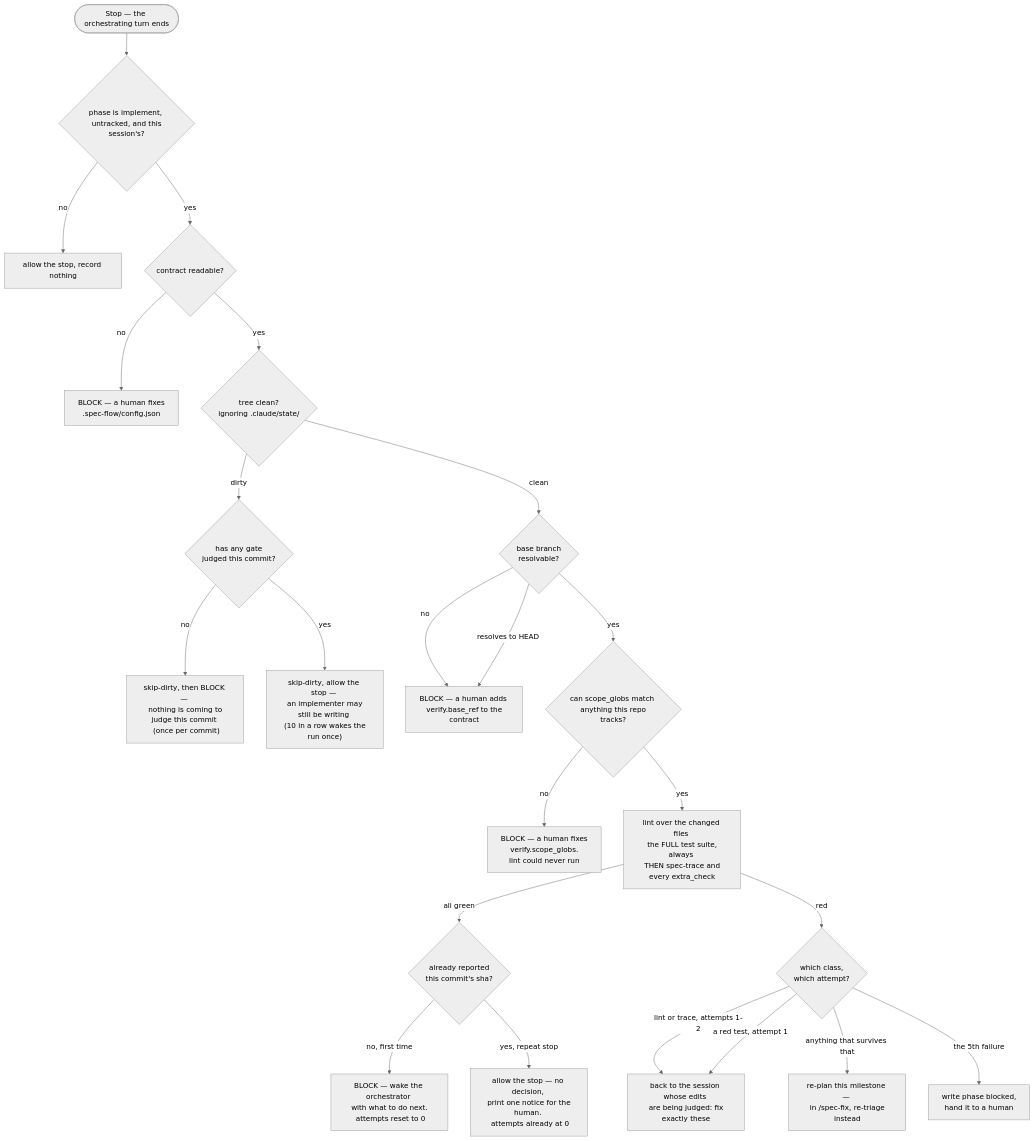
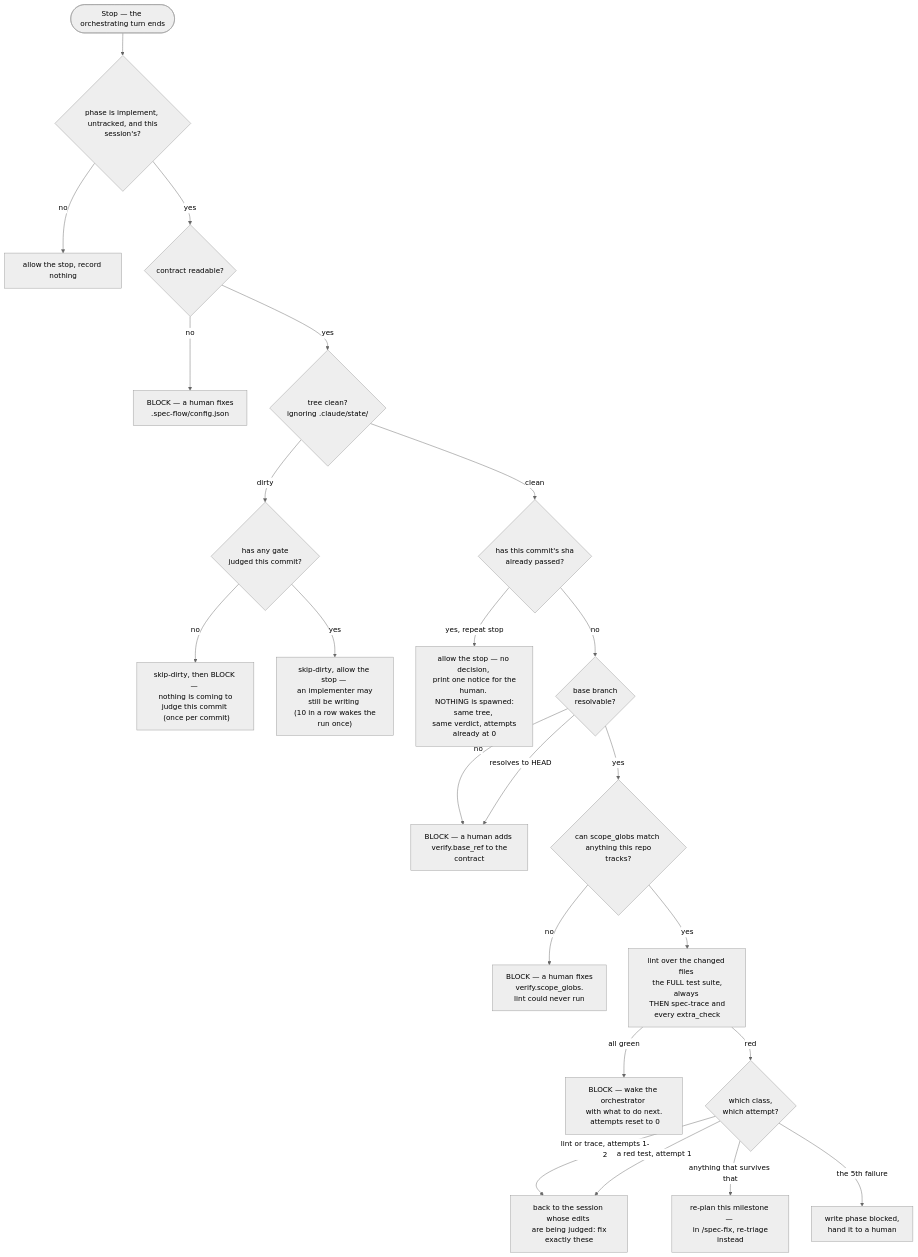
The third of 3 diagrams in REFERENCE.md (IgnacioMarin402/spec-flow-plugin), drawn with Mermaid (neutral theme) before and after one commit. The commit also changed 2 other files, not shown here.

First paragraph of the commit message:
fix(gate): the dirt it makes is not an unfinished write, and a judged commit is not re-judged
Two changes to the quiescence path and the pass path. B23, B28.

````diff
--- a/REFERENCE.md
+++ b/REFERENCE.md
@@ -861,25 +861,25 @@
 ```mermaid
 flowchart TD
     S(["Stop — the orchestrating turn ends"]) --> P{"phase is implement, <br/> untracked, and this session's?"}
     P -->|"no"| ALLOW["allow the stop, record nothing"]
     P -->|"yes"| CFG{"contract readable?"}
     CFG -->|"no"| BLK1["BLOCK — a human fixes <br/> .spec-flow/config.json"]
     CFG -->|"yes"| DIRTY{"tree clean? <br/> ignoring .claude/state/"}
     DIRTY -->|"dirty"| JUDGED{"has any gate <br/> judged this commit?"}
     JUDGED -->|"no"| WAKE["skip-dirty, then BLOCK — <br/> nothing is coming to judge this commit <br/> (once per commit)"]
     JUDGED -->|"yes"| SKIP["skip-dirty, allow the stop — <br/> an implementer may still be writing <br/> (10 in a row wakes the run once)"]
-    DIRTY -->|"clean"| BASE{"base branch <br/> resolvable?"}
+    DIRTY -->|"clean"| SEEN{"has this commit's sha <br/> already passed?"}
+    SEEN -->|"yes, repeat stop"| QUIET["allow the stop — no decision, <br/> print one notice for the human. <br/> NOTHING is spawned: same tree, <br/> same verdict, attempts already at 0"]
+    SEEN -->|"no"| BASE{"base branch <br/> resolvable?"}
     BASE -->|"no"| BLK2["BLOCK — a human adds <br/> verify.base_ref to the contract"]
     BASE -->|"resolves to HEAD"| BLK2
     BASE -->|"yes"| SCOPE{"can scope_globs match <br/> anything this repo tracks?"}
     SCOPE -->|"no"| BLK3["BLOCK — a human fixes <br/> verify.scope_globs. <br/> lint could never run"]
     SCOPE -->|"yes"| RUN["lint over the changed files <br/> the FULL test suite, always <br/> THEN spec-trace and every extra_check"]
-    RUN -->|"all green"| SEEN{"already reported <br/> this commit's sha?"}
-    SEEN -->|"no, first time"| PASS["BLOCK — wake the orchestrator <br/> with what to do next. <br/> attempts reset to 0"]
-    SEEN -->|"yes, repeat stop"| QUIET["allow the stop — no decision, <br/> print one notice for the human. <br/> attempts already at 0"]
+    RUN -->|"all green"| PASS["BLOCK — wake the orchestrator <br/> with what to do next. <br/> attempts reset to 0"]
     RUN -->|"red"| CLS{"which class, <br/> which attempt?"}
     CLS -->|"lint or trace, attempts 1-2"| FIX["back to the session whose edits <br/> are being judged: fix exactly these"]
     CLS -->|"a red test, attempt 1"| FIX
     CLS -->|"anything that survives that"| REPLAN["re-plan this milestone — <br/> in /spec-fix, re-triage instead"]
     CLS -->|"the 5th failure"| CAP["write phase blocked, <br/> hand it to a human"]
 ```
````
